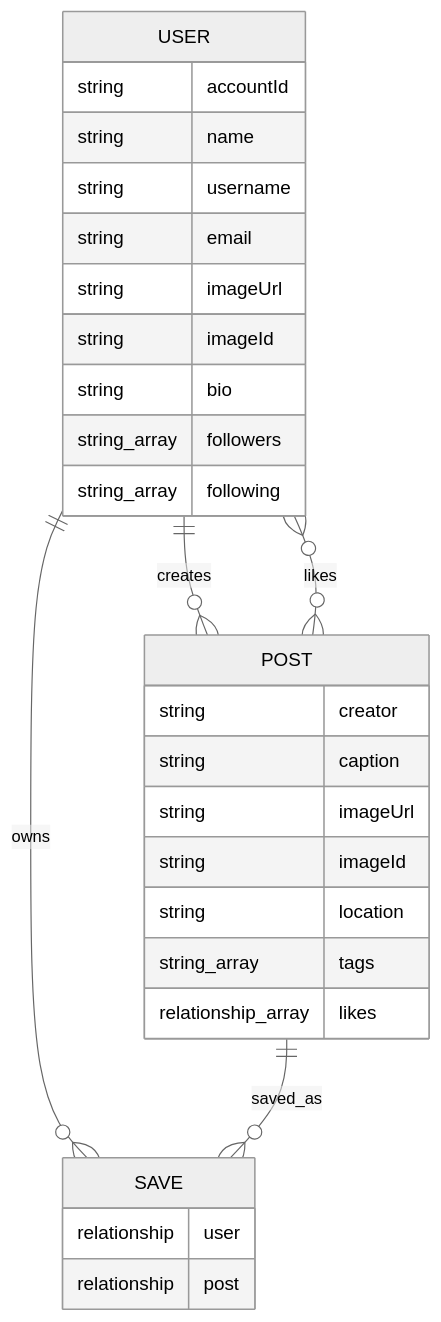
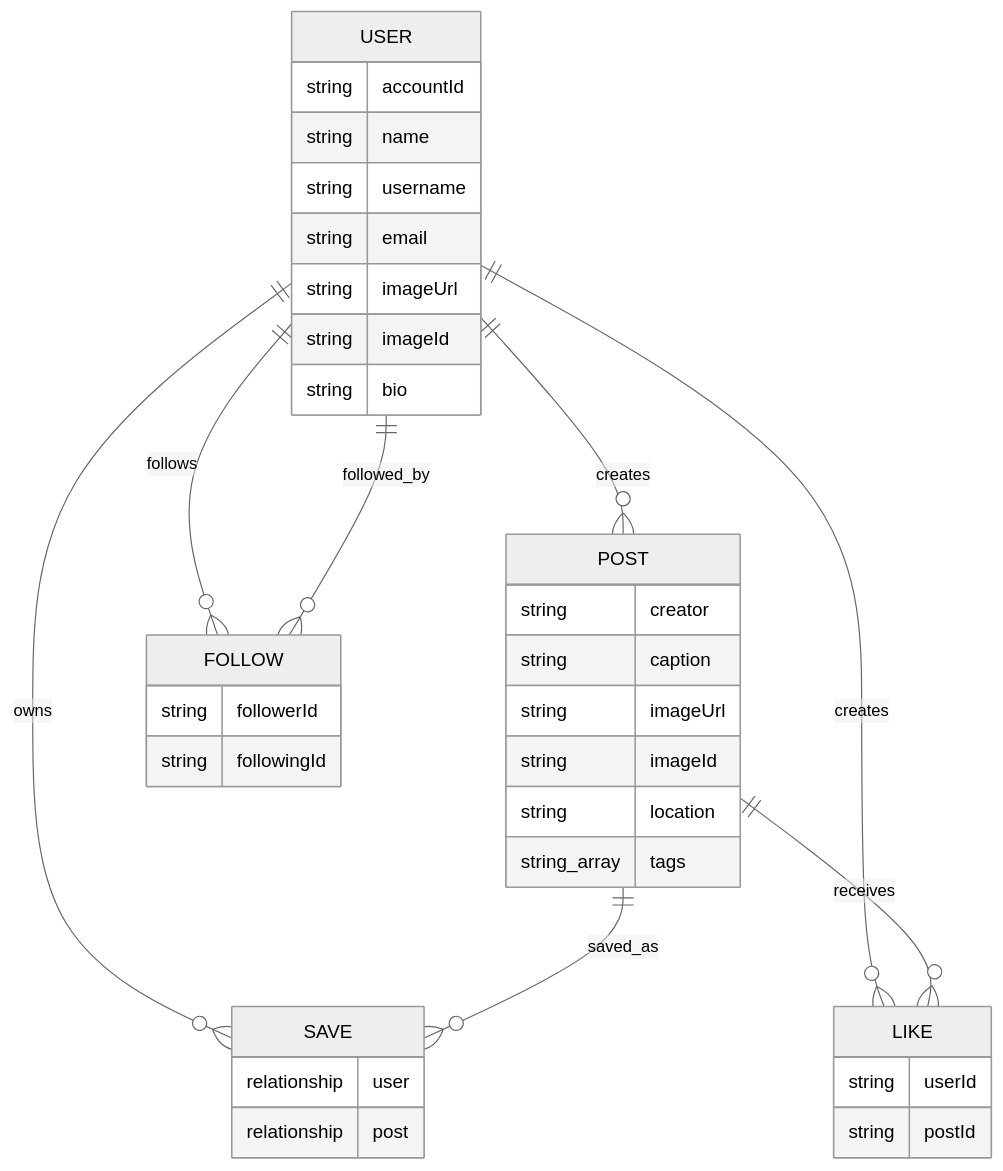
The fourth of 16 diagrams in docs/HLD.md (BINIT-Nayak/Snapgram), drawn with Mermaid (neutral theme) before and after one commit. The commit also changed other lines of this file and 26 other files, not shown here.

````diff
--- a/docs/HLD.md
+++ b/docs/HLD.md
@@ -147,34 +147,44 @@
 ```mermaid
 erDiagram
   USER {
     string accountId
     string name
     string username
     string email
     string imageUrl
     string imageId
     string bio
-    string_array followers
-    string_array following
   }
 
   POST {
     string creator
     string caption
     string imageUrl
     string imageId
     string location
     string_array tags
-    relationship_array likes
   }
 
   SAVE {
     relationship user
     relationship post
   }
 
+  LIKE {
+    string userId
+    string postId
+  }
+
+  FOLLOW {
+    string followerId
+    string followingId
+  }
+
   USER ||--o{ POST : creates
   USER ||--o{ SAVE : owns
   POST ||--o{ SAVE : saved_as
-  USER }o--o{ POST : likes
+  USER ||--o{ LIKE : creates
+  POST ||--o{ LIKE : receives
+  USER ||--o{ FOLLOW : follows
+  USER ||--o{ FOLLOW : followed_by
 ```
````
